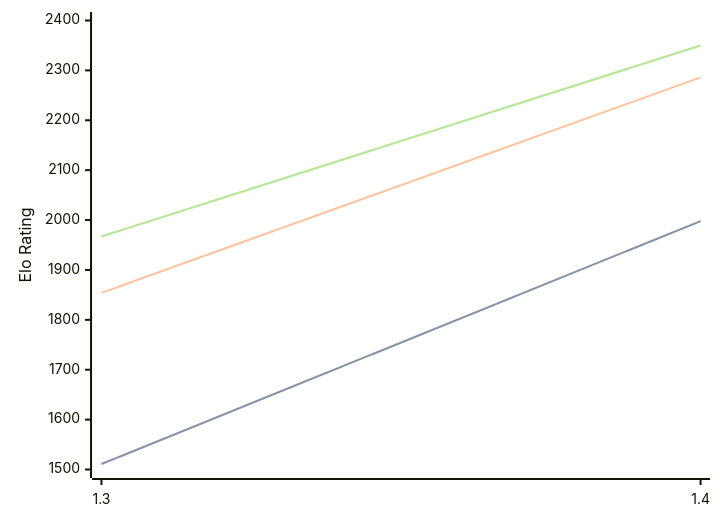
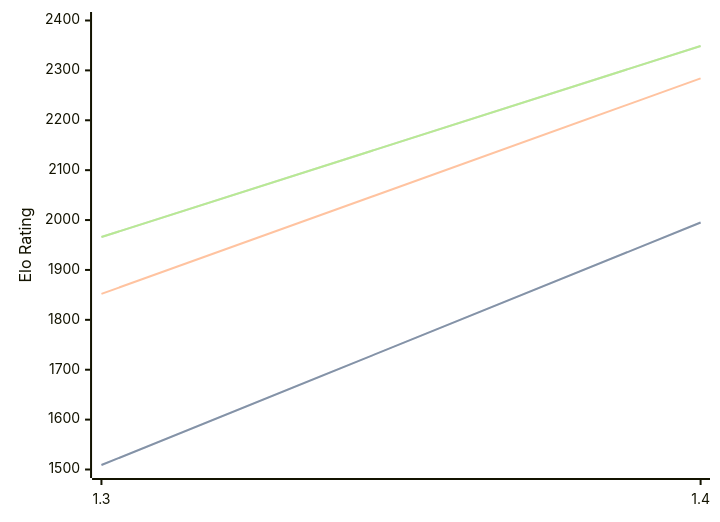
Before and after one commit to computer-chess-index/cci: the diagram in engines/Facon.md, drawn with Mermaid. The commit also changed other lines of this file, not shown here.

Commit message:
Update CCI Ratings (ELO VLTC) - 2026-06-07

````diff
--- a/engines/Facon.md
+++ b/engines/Facon.md
@@ -35,11 +36,11 @@
 ```mermaid
 %%{init: {"theme":"base","themeVariables":{"seriesColors:['#a3a3a3','#222221','#faa371']}}}%%
 xychart-beta
   x-axis ["1.3", "1.4"]
   y-axis "Elo Rating" 1500 --> 2400
-  line "STC (8.0+0.08s)" [1511, 1998]
-  line "STC (8.0+0.08s)" [1511, 1998]
-  line "LTC (60.0+0.60s)" [1854, 2286]
-  line "VLTC (2m24s+1.12s)" [1967, 2350]
-  line "VLTC (2m24s+1.12s)" [1967, 2350]
+  line "STC (8.0+0.08s)" [1509, 1995]
+  line "STC (8.0+0.08s)" [1509, 1995]
+  line "LTC (60.0+0.60s)" [1852, 2284]
+  line "VLTC (2m24s+1.12s)" [1966, 2349]
+  line "VLTC (2m24s+1.12s)" [1966, 2349]
 ```
````
